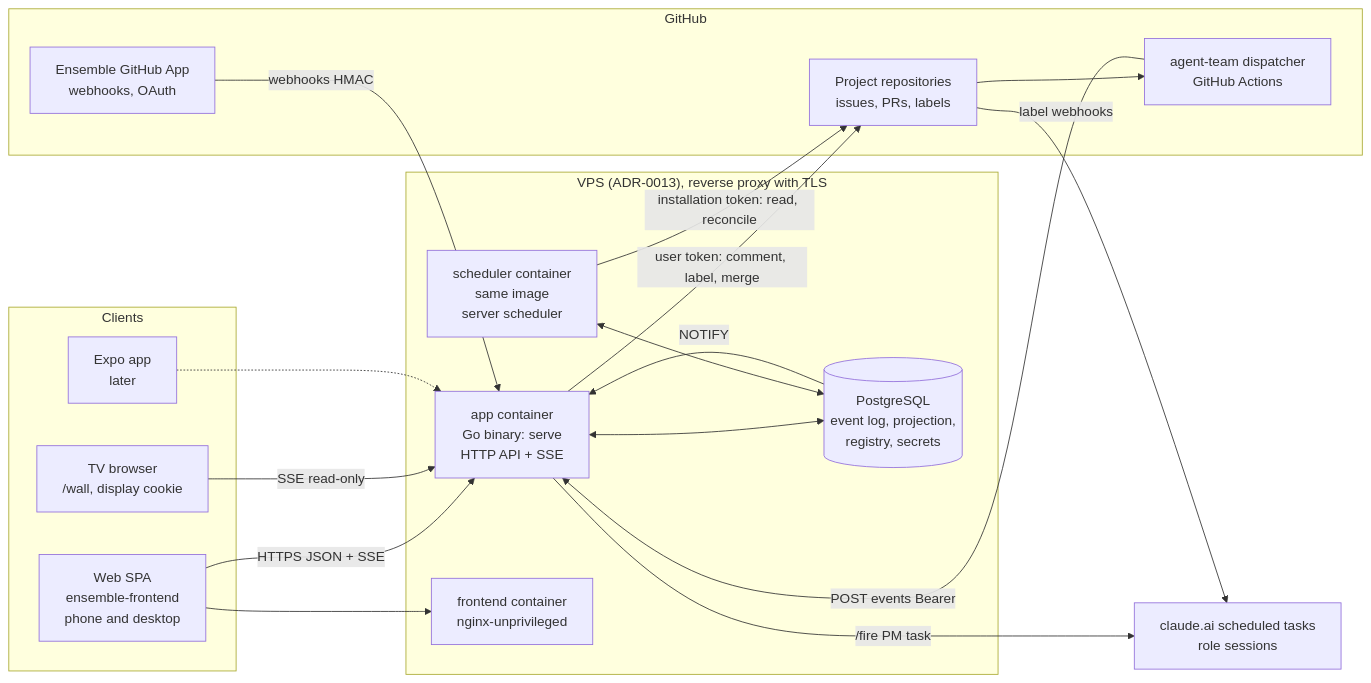
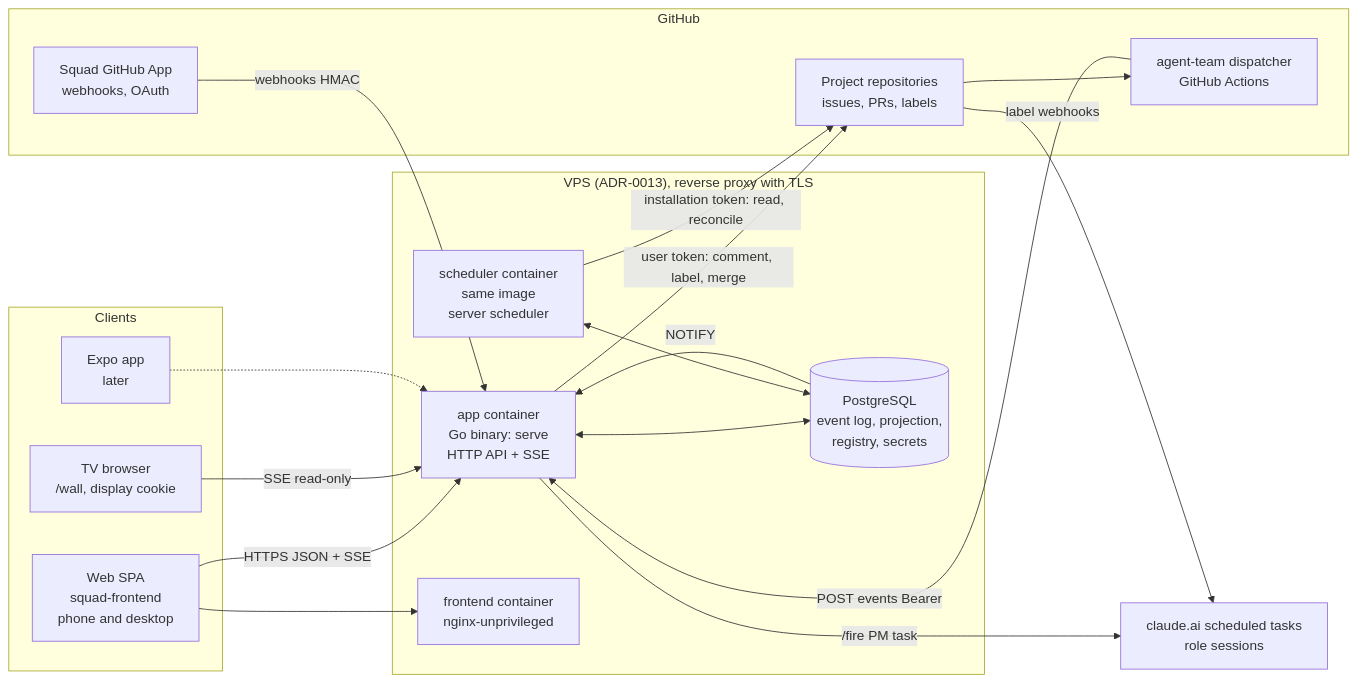
The first of 4 diagrams in .scratch/platform/architecture.md (GabrielSoares-Dev/project-generator), drawn with Mermaid before and after one commit. The commit also changed other lines of this file and 31 other files, not shown here.

````diff
--- a/.scratch/platform/architecture.md
+++ b/.scratch/platform/architecture.md
@@ -52,38 +52,38 @@
 ```mermaid
 flowchart LR
   subgraph Clients
-    WEB[Web SPA<br/>ensemble-frontend<br/>phone and desktop]
+    WEB[Web SPA<br/>squad-frontend<br/>phone and desktop]
     TV[TV browser<br/>/wall, display cookie]
     MOB[Expo app<br/>later]
   end
 
   subgraph VPS["VPS (ADR-0013), reverse proxy with TLS"]
     APP[app container<br/>Go binary: serve<br/>HTTP API + SSE]
     SCH[scheduler container<br/>same image<br/>server scheduler]
     DB[(PostgreSQL<br/>event log, projection,<br/>registry, secrets)]
     NGX[frontend container<br/>nginx-unprivileged]
   end
 
   subgraph GitHub
-    GHAPP[Ensemble GitHub App<br/>webhooks, OAuth]
+    GHAPP[Squad GitHub App<br/>webhooks, OAuth]
     REPOS[Project repositories<br/>issues, PRs, labels]
     DISP[agent-team dispatcher<br/>GitHub Actions]
   end
 
   CLAUDE[claude.ai scheduled tasks<br/>role sessions]
 
   WEB -- HTTPS JSON + SSE --> APP
   TV -- SSE read-only --> APP
   MOB -.-> APP
   WEB --> NGX
   APP <--> DB
   SCH <--> DB
   DB -- NOTIFY --> APP
   GHAPP -- webhooks HMAC --> APP
   DISP -- POST events Bearer --> APP
   APP -- user token: comment, label, merge --> REPOS
   SCH -- installation token: read, reconcile --> REPOS
   APP -- /fire PM task --> CLAUDE
   REPOS -- label webhooks --> CLAUDE
   REPOS --> DISP
 ```
````
